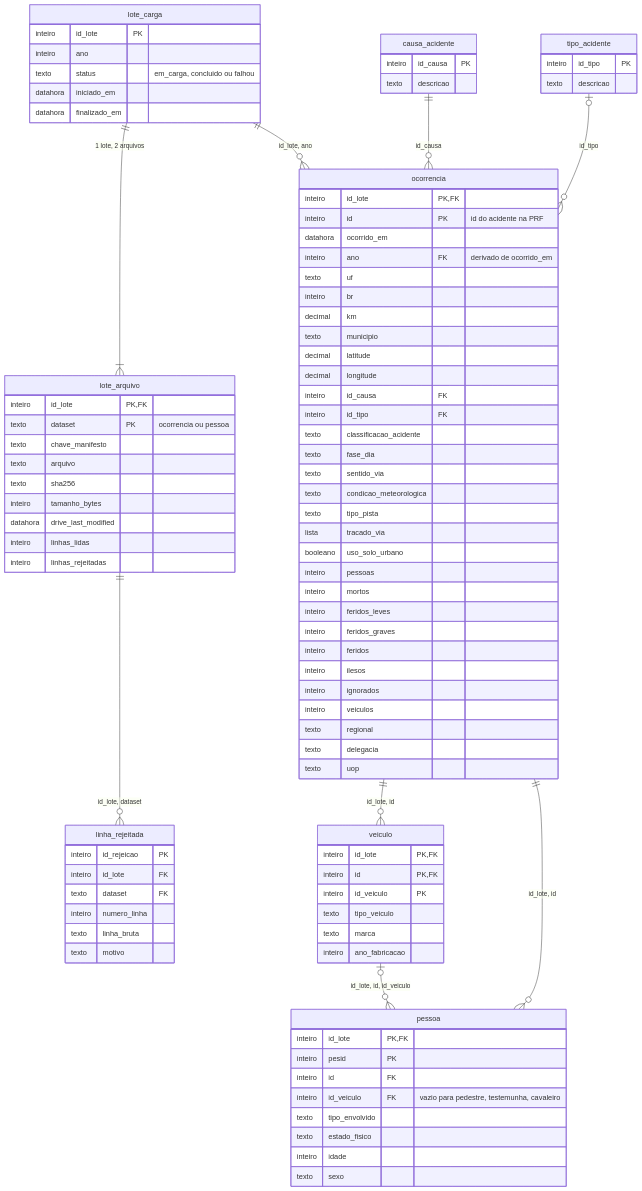
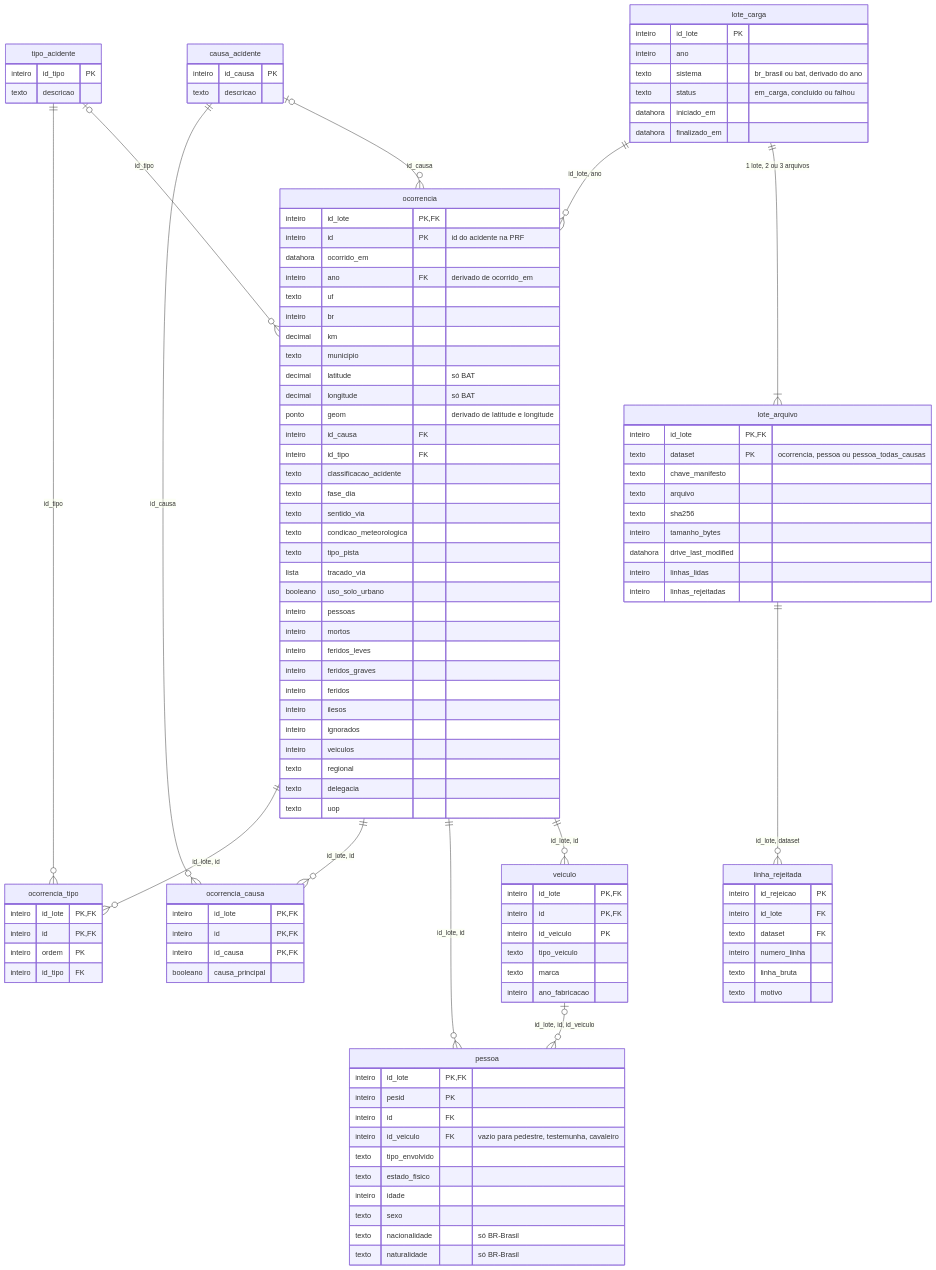
Before and after one commit to cibelinda/Engenharia-Dados-Seguranca-Viaria: the fifth of 6 diagrams in docs/arquitetura-e-modelos.md, drawn with Mermaid. The commit also changed other lines of this file, not shown here.

Commit message:
docs: diagramas com PostGIS, tabelas novas e dataset completo

````diff
--- a/docs/arquitetura-e-modelos.md
+++ b/docs/arquitetura-e-modelos.md
@@ -107,24 +115,29 @@
 ```mermaid
 erDiagram
-    lote_carga ||--|{ lote_arquivo : "1 lote, 2 arquivos"
+    lote_carga ||--|{ lote_arquivo : "1 lote, 2 ou 3 arquivos"
     lote_carga ||--o{ ocorrencia : "id_lote, ano"
     ocorrencia ||--o{ veiculo : "id_lote, id"
     ocorrencia ||--o{ pessoa : "id_lote, id"
     veiculo |o--o{ pessoa : "id_lote, id, id_veiculo"
-    causa_acidente ||--o{ ocorrencia : "id_causa"
+    causa_acidente |o--o{ ocorrencia : "id_causa"
     tipo_acidente |o--o{ ocorrencia : "id_tipo"
+    ocorrencia ||--o{ ocorrencia_causa : "id_lote, id"
+    causa_acidente ||--o{ ocorrencia_causa : "id_causa"
+    ocorrencia ||--o{ ocorrencia_tipo : "id_lote, id"
+    tipo_acidente ||--o{ ocorrencia_tipo : "id_tipo"
     lote_arquivo ||--o{ linha_rejeitada : "id_lote, dataset"
 
     lote_carga {
         inteiro id_lote PK
         inteiro ano
+        texto sistema "br_brasil ou bat, derivado do ano"
         texto status "em_carga, concluido ou falhou"
         datahora iniciado_em
         datahora finalizado_em
     }
     lote_arquivo {
         inteiro id_lote PK, FK
-        texto dataset PK "ocorrencia ou pessoa"
+        texto dataset PK "ocorrencia, pessoa ou pessoa_todas_causas"
         texto chave_manifesto
         texto arquivo
         texto sha256
@@ -150,8 +163,9 @@
         inteiro br
         decimal km
         texto municipio
-        decimal latitude
-        decimal longitude
+        decimal latitude "só BAT"
+        decimal longitude "só BAT"
+        ponto geom "derivado de latitude e longitude"
         inteiro id_causa FK
         inteiro id_tipo FK
         texto classificacao_acidente
@@ -190,6 +204,20 @@
         texto estado_fisico
         inteiro idade
         texto sexo
+        texto nacionalidade "só BR-Brasil"
+        texto naturalidade "só BR-Brasil"
+    }
+    ocorrencia_causa {
+        inteiro id_lote PK, FK
+        inteiro id PK, FK
+        inteiro id_causa PK, FK
+        booleano causa_principal
+    }
+    ocorrencia_tipo {
+        inteiro id_lote PK, FK
+        inteiro id PK, FK
+        inteiro ordem PK
+        inteiro id_tipo FK
     }
     linha_rejeitada {
         inteiro id_rejeicao PK
````
